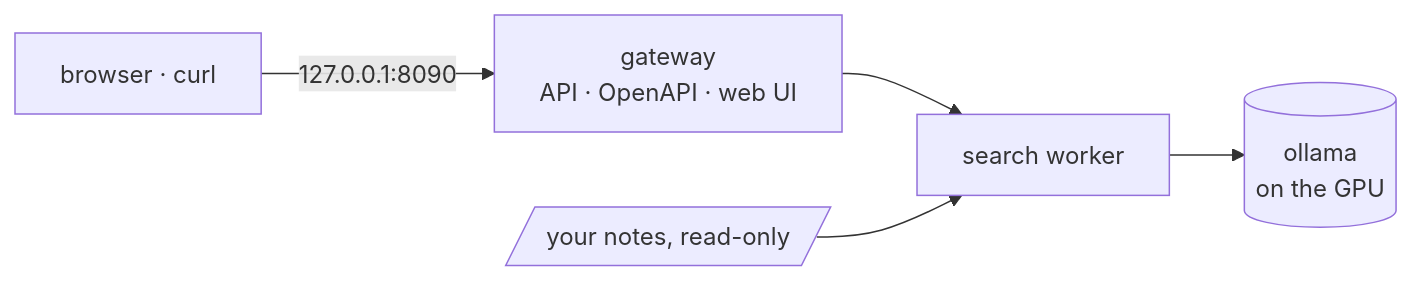
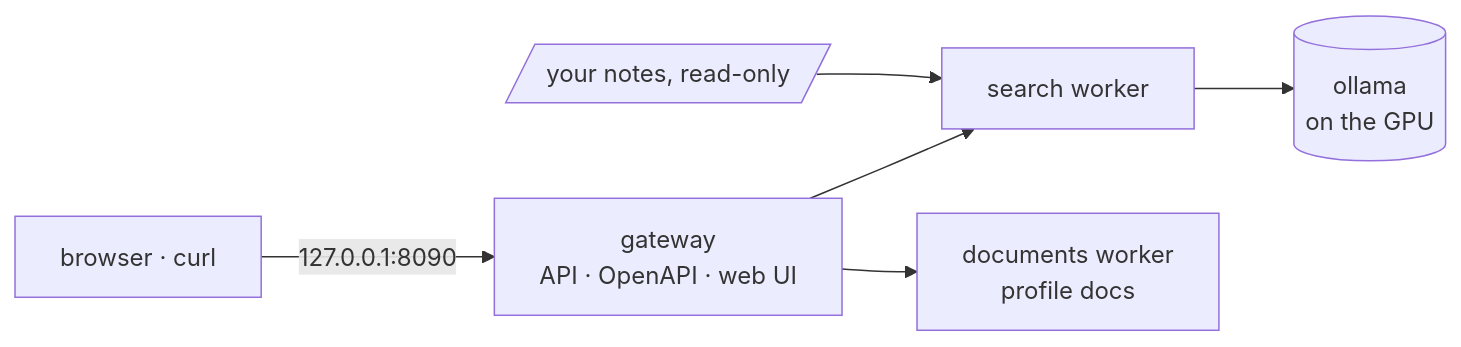
The diagram in README.md (manzolo/local-ai-core), drawn with Mermaid before and after one commit. The commit also changed other lines of this file and 50 other files, not shown here.

````diff
--- a/README.md
+++ b/README.md
@@ -55,7 +58,8 @@
 ```mermaid
 flowchart LR
     U[browser · curl] -->|127.0.0.1:8090| G[gateway<br/>API · OpenAPI · web UI]
     G --> S[search worker]
+    G --> D[documents worker<br/>profile docs]
     S --> O[(ollama<br/>on the GPU)]
     N[/your notes, read-only/] --> S
 ```
````
